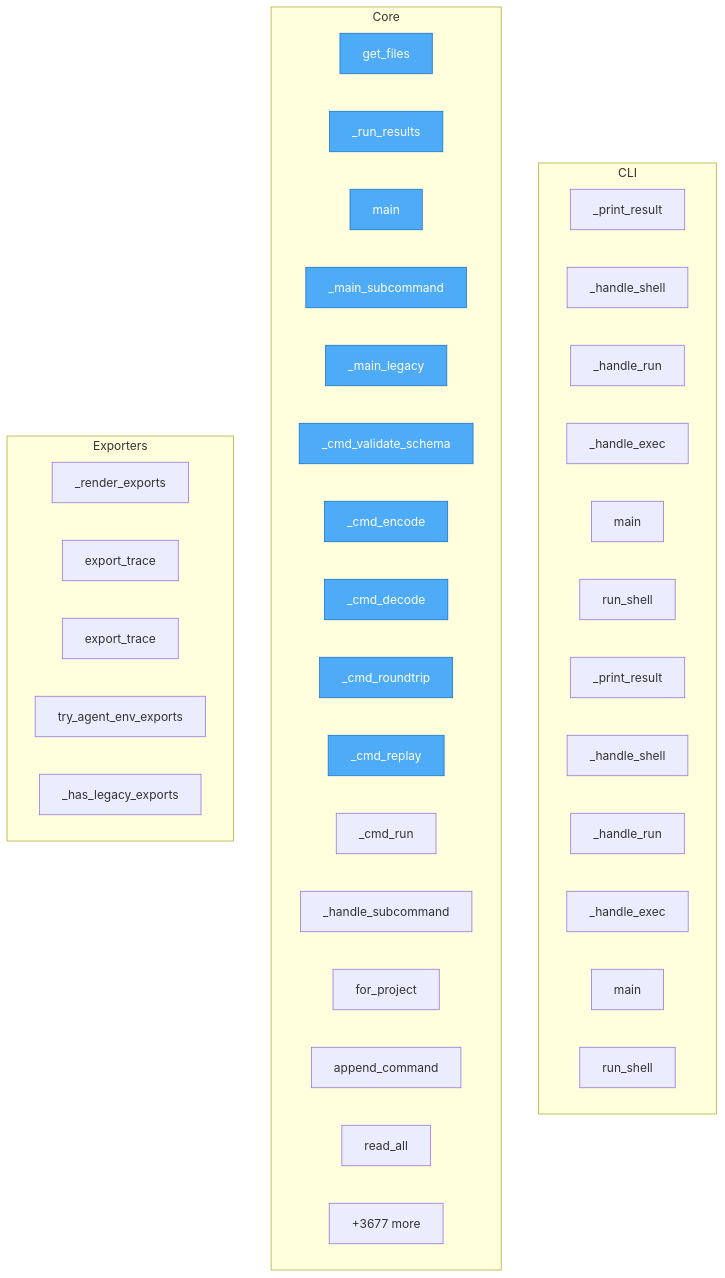
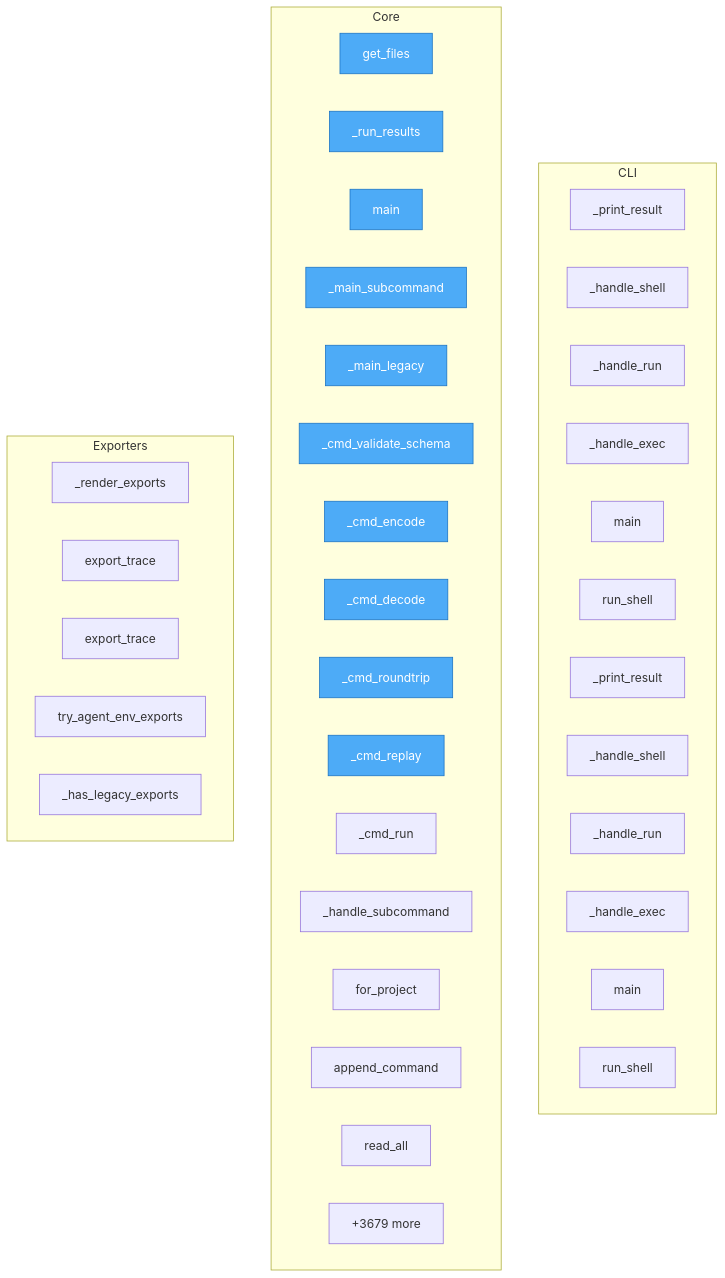
The diagram in project/flow.mmd (semcod/koru), drawn with Mermaid before and after one commit. The commit also changed 29 other files, not shown here.

```diff
--- a/project/flow.mmd
+++ b/project/flow.mmd
@@ -1,49 +1,49 @@
 flowchart TD
-%% generated in 1.01s
+%% generated in 1.80s
 
     %% Entry points (blue)
     classDef entry fill:#4dabf7,stroke:#1971c2,color:#fff
 
     subgraph CLI
         packages__cli2koru__src__cli2koru__cli___print_result["_print_result"]
         packages__cli2koru__src__cli2koru__cli___handle_shell["_handle_shell"]
         packages__cli2koru__src__cli2koru__cli___handle_run["_handle_run"]
         packages__cli2koru__src__cli2koru__cli___handle_exec["_handle_exec"]
         packages__cli2koru__src__cli2koru__cli__main["main"]
         packages__cli2koru__src__cli2koru__shell__run_shell["run_shell"]
         packages__cli2coru__src__cli2coru__cli___print_result["_print_result"]
         packages__cli2coru__src__cli2coru__cli___handle_shell["_handle_shell"]
         packages__cli2coru__src__cli2coru__cli___handle_run["_handle_run"]
         packages__cli2coru__src__cli2coru__cli___handle_exec["_handle_exec"]
         packages__cli2coru__src__cli2coru__cli__main["main"]
         packages__cli2coru__src__cli2coru__shell__run_shell["run_shell"]
     end
 
     subgraph Core
         check_dups__get_files["get_files"]
         packages__dsl2koru__src__dsl2koru__cli___run_results["_run_results"]
         packages__dsl2koru__src__dsl2koru__cli__main["main"]
         packages__dsl2koru__src__dsl2koru__cli___main_subcommand["_main_subcommand"]
         packages__dsl2koru__src__dsl2koru__cli___main_legacy["_main_legacy"]
         packages__dsl2koru__src__dsl2koru__cli___cmd_validate_schema["_cmd_validate_schema"]
         packages__dsl2koru__src__dsl2koru__cli___cmd_encode["_cmd_encode"]
         packages__dsl2koru__src__dsl2koru__cli___cmd_decode["_cmd_decode"]
         packages__dsl2koru__src__dsl2koru__cli___cmd_roundtrip["_cmd_roundtrip"]
         packages__dsl2koru__src__dsl2koru__cli___cmd_replay["_cmd_replay"]
         packages__dsl2koru__src__dsl2koru__cli___cmd_run["_cmd_run"]
         packages__dsl2koru__src__dsl2koru__cli___handle_subcommand["_handle_subcommand"]
         packages__dsl2koru__src__dsl2koru__events__EventStore__for_project["for_project"]
         packages__dsl2koru__src__dsl2koru__events__EventStore__append_command["append_command"]
         packages__dsl2koru__src__dsl2koru__events__EventStore__read_all["read_all"]
-        ...["+3677 more"]
+        ...["+3679 more"]
     end
 
     subgraph Exporters
         packages__koruenv__src__koruenv__cli___render_exports["_render_exports"]
         packages__nlpshim__src__nlpshim__conversation_client__ConversationTestClient__export_trace["export_trace"]
         packages__nlpshim__src__nlpshim__conversation_test_api__export_trace["export_trace"]
         src__koru__agent_cli_helpers__try_agent_env_exports["try_agent_env_exports"]
         src__koru__cli___has_legacy_exports["_has_legacy_exports"]
     end
 
     class check_dups__get_files,packages__dsl2koru__src__dsl2koru__cli___run_results,packages__dsl2koru__src__dsl2koru__cli__main,packages__dsl2koru__src__dsl2koru__cli___main_subcommand,packages__dsl2koru__src__dsl2koru__cli___main_legacy,packages__dsl2koru__src__dsl2koru__cli___cmd_validate_schema,packages__dsl2koru__src__dsl2koru__cli___cmd_encode,packages__dsl2koru__src__dsl2koru__cli___cmd_decode,packages__dsl2koru__src__dsl2koru__cli___cmd_roundtrip,packages__dsl2koru__src__dsl2koru__cli___cmd_replay entry
```
